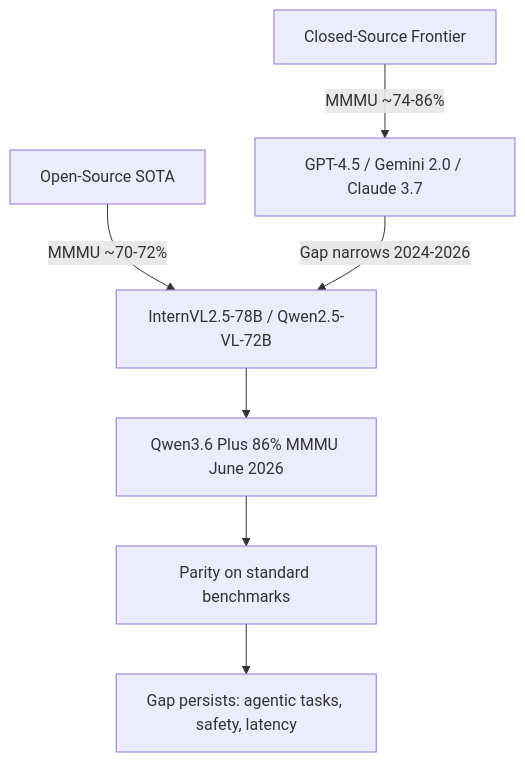
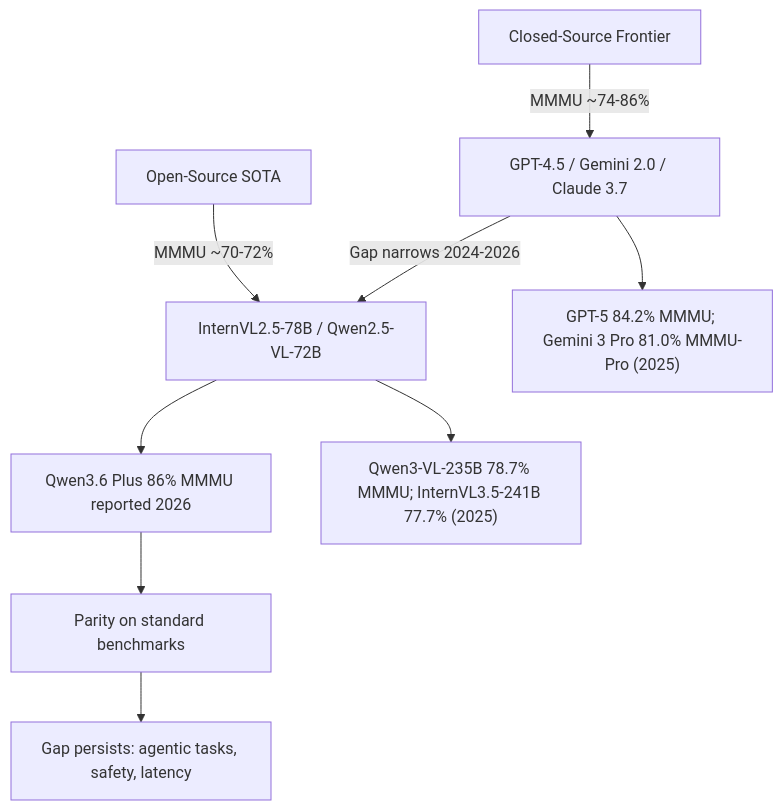
Before and after one commit to FrankHuang94/CV_learning_db_claude: the second of 2 diagrams in cv-knowledge-base/12_research_frontier_2024_2026/03_multimodal_llm_2025_2026.md, drawn with Mermaid. The commit also changed other lines of this file and 103 other files, not shown here.

````diff
--- a/cv-knowledge-base/12_research_frontier_2024_2026/03_multimodal_llm_2025_2026.md
+++ b/cv-knowledge-base/12_research_frontier_2024_2026/03_multimodal_llm_2025_2026.md
@@ -59,9 +94,11 @@
 ```mermaid
 graph TD
     A[Closed-Source Frontier] -->|MMMU ~74-86%| B[GPT-4.5 / Gemini 2.0 / Claude 3.7]
     C[Open-Source SOTA] -->|MMMU ~70-72%| D[InternVL2.5-78B / Qwen2.5-VL-72B]
     B -->|Gap narrows 2024-2026| D
-    D --> E[Qwen3.6 Plus 86% MMMU June 2026]
+    D --> E[Qwen3.6 Plus 86% MMMU reported 2026]
     E --> F[Parity on standard benchmarks]
     F --> G[Gap persists: agentic tasks, safety, latency]
+    B --> H["GPT-5 84.2% MMMU; Gemini 3 Pro 81.0% MMMU-Pro (2025)"]
+    D --> I["Qwen3-VL-235B 78.7% MMMU; InternVL3.5-241B 77.7% (2025)"]
 ```
````
